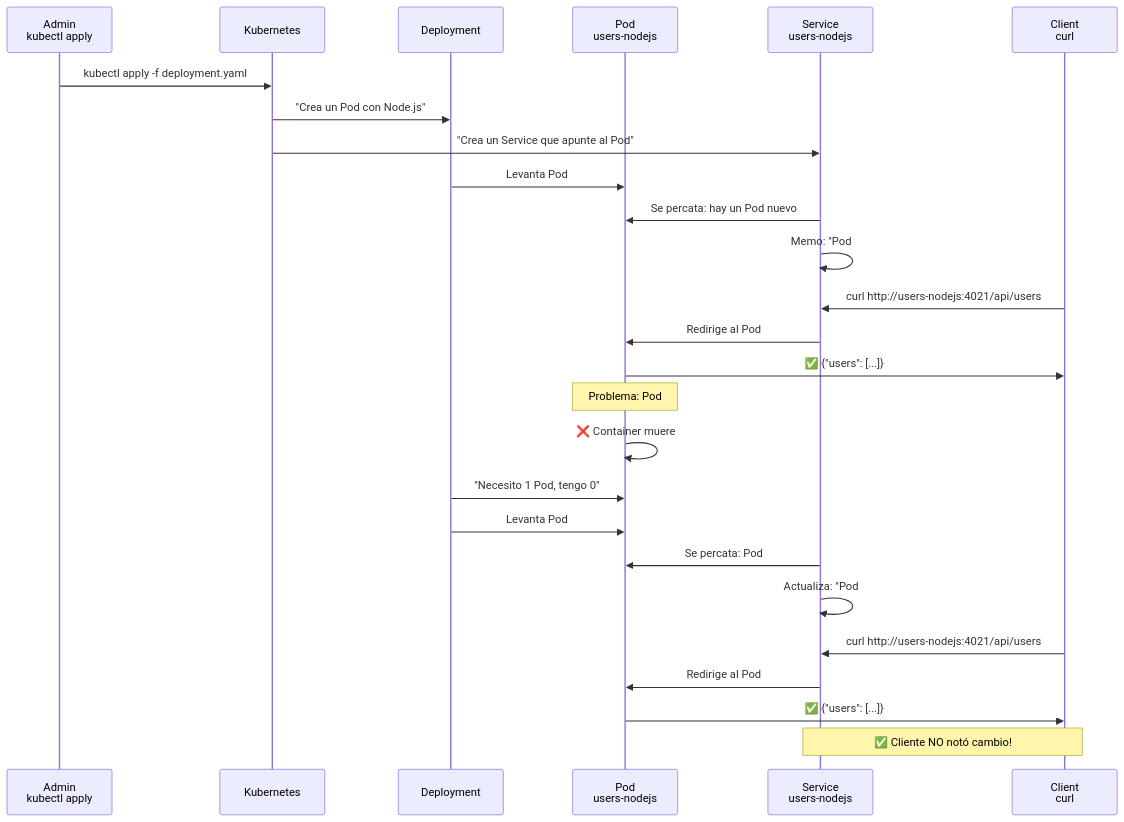
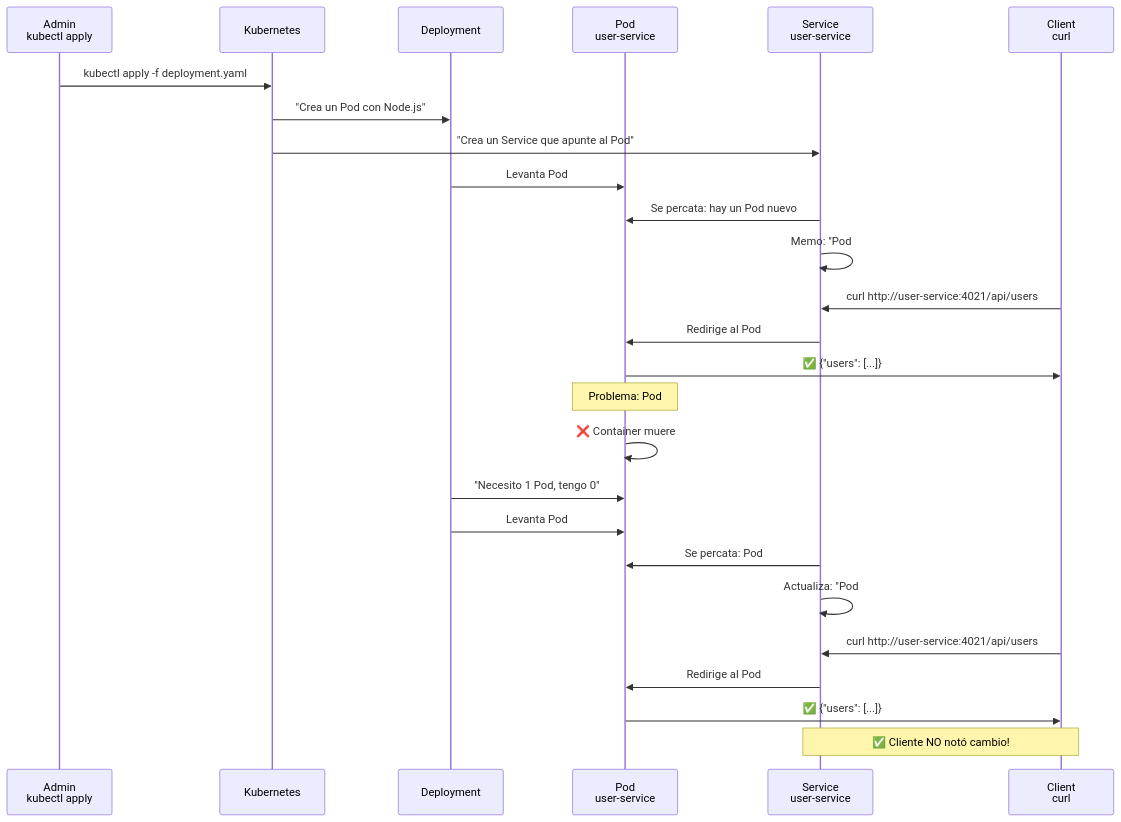
The third of 20 diagrams in README.md (docentedev/IaC-example), drawn with Mermaid before and after one commit. The commit also changed other lines of this file and 60 other files, not shown here.

````diff
--- a/README.md
+++ b/README.md
@@ -502,35 +505,35 @@
 ```mermaid
 sequenceDiagram
     participant Admin as Admin<br/>kubectl apply
     participant K8s as Kubernetes
     participant Deploy as Deployment
-    participant Pod as Pod<br/>users-nodejs
-    participant Svc as Service<br/>users-nodejs
+    participant Pod as Pod<br/>user-service
+    participant Svc as Service<br/>user-service
     participant Client as Client<br/>curl
     
     Admin->>K8s: kubectl apply -f deployment.yaml
     K8s->>Deploy: "Crea un Pod con Node.js"
     K8s->>Svc: "Crea un Service que apunte al Pod"
     
     Deploy->>Pod: Levanta Pod #1
     Svc->>Pod: Se percata: hay un Pod nuevo
     Svc->>Svc: Memo: "Pod #1 → IP:4021"
     
-    Client->>Svc: curl http://users-nodejs:4021/api/users
+    Client->>Svc: curl http://user-service:4021/api/users
     Svc->>Pod: Redirige al Pod #1
     Pod->>Client: ✅ {"users": [...]}
     
     Note over Pod: Problema: Pod #1 crashea
     Pod->>Pod: ❌ Container muere
     
     Deploy->>Pod: "Necesito 1 Pod, tengo 0"
     Deploy->>Pod: Levanta Pod #2 (NUEVA IP)
     Svc->>Pod: Se percata: Pod #2 reemplazó Pod #1
     Svc->>Svc: Actualiza: "Pod #2 → IP:4021"
     
-    Client->>Svc: curl http://users-nodejs:4021/api/users
+    Client->>Svc: curl http://user-service:4021/api/users
     Svc->>Pod: Redirige al Pod #2
     Pod->>Client: ✅ {"users": [...]}
     
     Note over Svc,Client: ✅ Cliente NO notó cambio!
 ```
````
